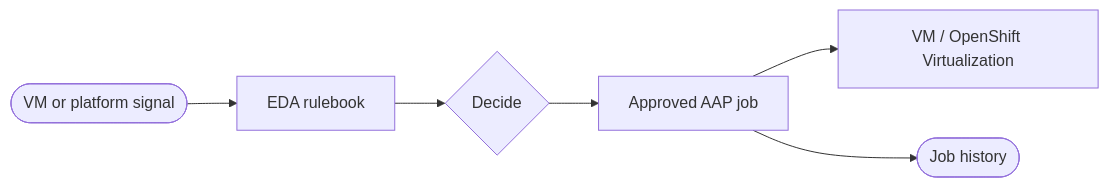
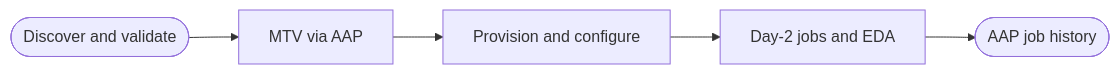
One commit to ansible-tmm/solution-guides changed the second of 2 diagrams in README-Virtualization.md. Above: the diagram before and after it, drawn with Mermaid. The commit also changed other lines of this file and 12 other files, not shown here.

````diff
--- a/README-Virtualization.md
+++ b/README-Virtualization.md
@@ -110,8 +206,7 @@
 ```mermaid
 graph LR
-  Sig([VM or platform signal]) --> EDA[EDA rulebook]
-  EDA --> Dec{Decide}
-  Dec --> JT[Approved AAP job]
-  JT --> VM[VM / OpenShift Virtualization]
-  JT --> Audit([Job history])
+  Assess([Discover and validate]) --> Migrate[MTV via AAP]
+  Migrate --> Deploy[Provision and configure]
+  Deploy --> Operate[Day-2 jobs and EDA]
+  Operate --> Audit([AAP job history])
 ```
````
